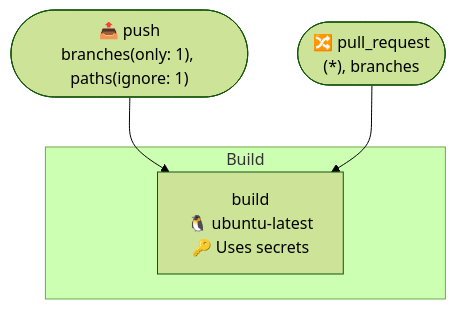
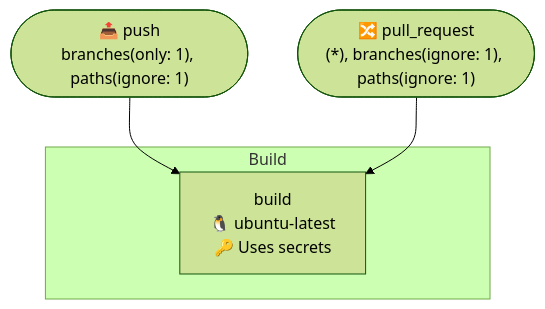
The first of 2 diagrams in .github/typeflows/build/README.md (http4k/http4k), drawn with Mermaid (forest theme) before and after one commit. The commit also changed 14 other files, not shown here.

````diff
--- a/.github/typeflows/build/README.md
+++ b/.github/typeflows/build/README.md
@@ -3,11 +3,11 @@
 ```mermaid
 %%{init: {"flowchart": {"curve": "basis"}}}%%
 flowchart TD
     push(["📤 push<br/>branches(only: 1), paths(ignore: 1)"])
-    pullrequest(["🔀 pull_request<br/>(*), branches"])
+    pullrequest(["🔀 pull_request<br/>(*), branches(ignore: 1), paths(ignore: 1)"])
     subgraph buildyml["Build"]
         buildyml_build["build<br/>🐧 ubuntu-latest<br/>🔑 Uses secrets"]
     end
     push --> buildyml_build
     pullrequest --> buildyml_build
 ```
````
